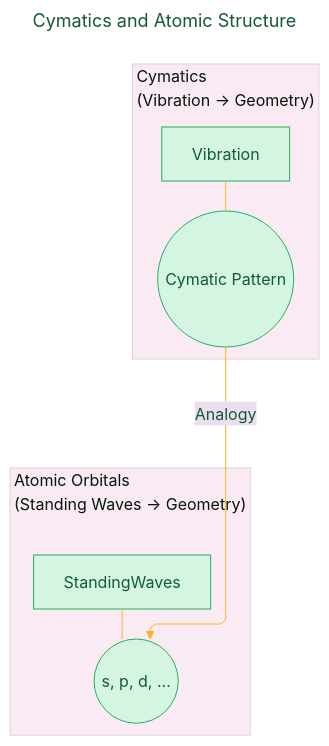
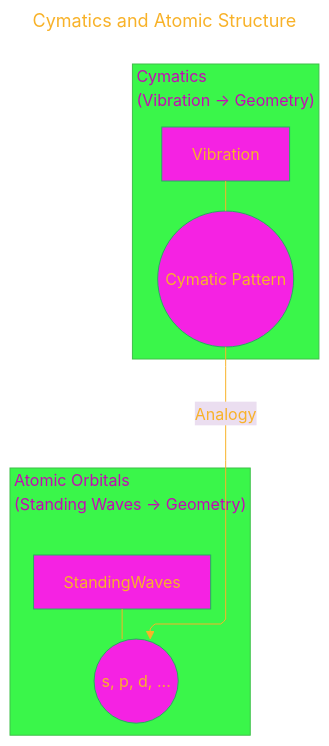
One commit to CongLeSolutionX/Harmonic_Atomica changed the fourth of 9 diagrams in Quantum_Harmonic_Atomic_Model/Quantum_Harmonic_Atomic_Model_Draft_7.md. Above: the diagram before and after it, drawn with Mermaid. The commit also changed other lines of this file and 1 other file, not shown here.

````diff
--- a/Quantum_Harmonic_Atomic_Model/Quantum_Harmonic_Atomic_Model_Draft_7.md
+++ b/Quantum_Harmonic_Atomic_Model/Quantum_Harmonic_Atomic_Model_Draft_7.md
@@ -223,40 +223,40 @@
 ```mermaid
 ---
 title: "Cymatics and Atomic Structure"
 author: "Cong Le"
 version: "1.0"
 license(s): "MIT, CC BY 4.0"
 copyright: "Copyright (c) 2025 Cong Le. All Rights Reserved."
 config:
   layout: elk
   theme: base
 ---
 %%%%%%%% Mermaid version v11.4.1-b.14
 %%%%%%%% Available curve styles include the following keywords:
 %% basis, bumpX, bumpY, cardinal, catmullRom, linear, monotoneX, monotoneY, natural, step, stepAfter, stepBefore.
 %%{
   init: {
     'flowchart': { 'htmlLabels': true, 'curve': 'linear' },
     'fontFamily': 'Monaco',
     'themeVariables': {
-      'primaryColor': '#D5F5E3',
-      'primaryTextColor': '#145A32',
+      'primaryColor': '#F522E3',
+      'primaryTextColor': '#F8B229',
       'lineColor': '#F8B229',
       'primaryBorderColor': '#27AE60',
       'secondaryColor': '#EBDEF0',
       'secondaryTextColor': '#6C3483',
       'secondaryBorderColor': '#A569BD'
     }
   }
 }%%
-graph TD
+flowchart TD
     subgraph Cymatics["Cymatics<br/>(Vibration -> Geometry)"]
         Vibration --- Plate(("Cymatic Pattern"))
     end
     
     subgraph Atomic_Orbitals["Atomic Orbitals<br/>(Standing Waves -> Geometry)"]
         StandingWaves --- OrbitalShape(("s, p, d, ..."))
     end
     
     Plate -- Analogy --> OrbitalShape
 ```
````
